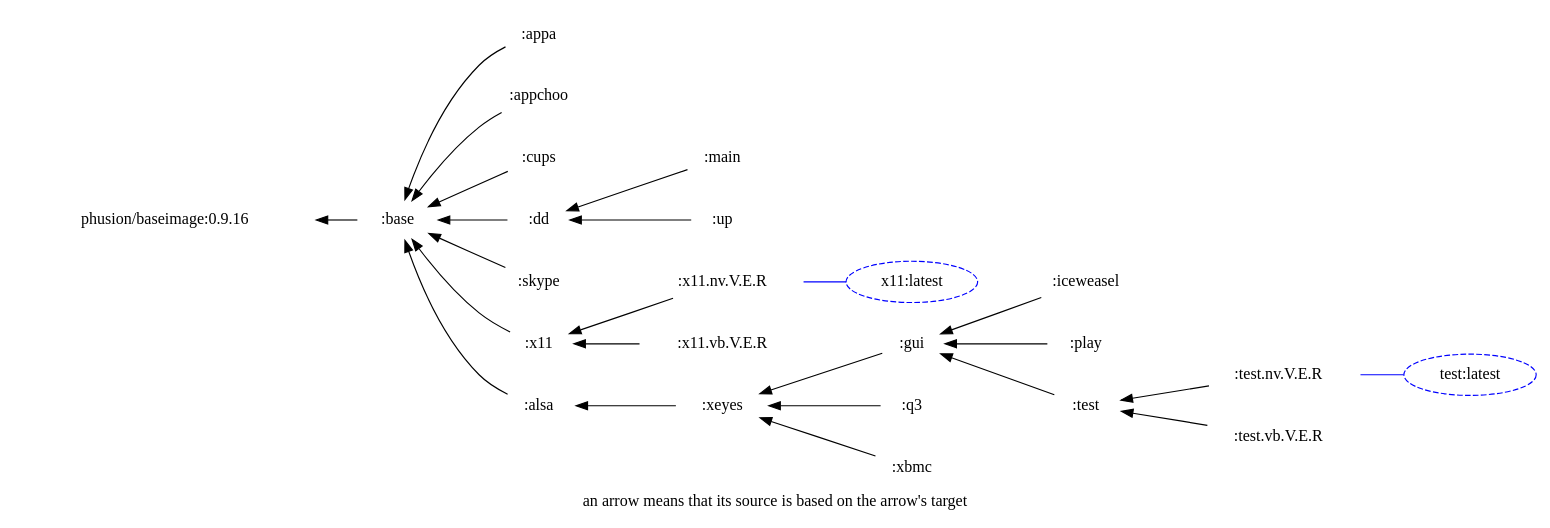
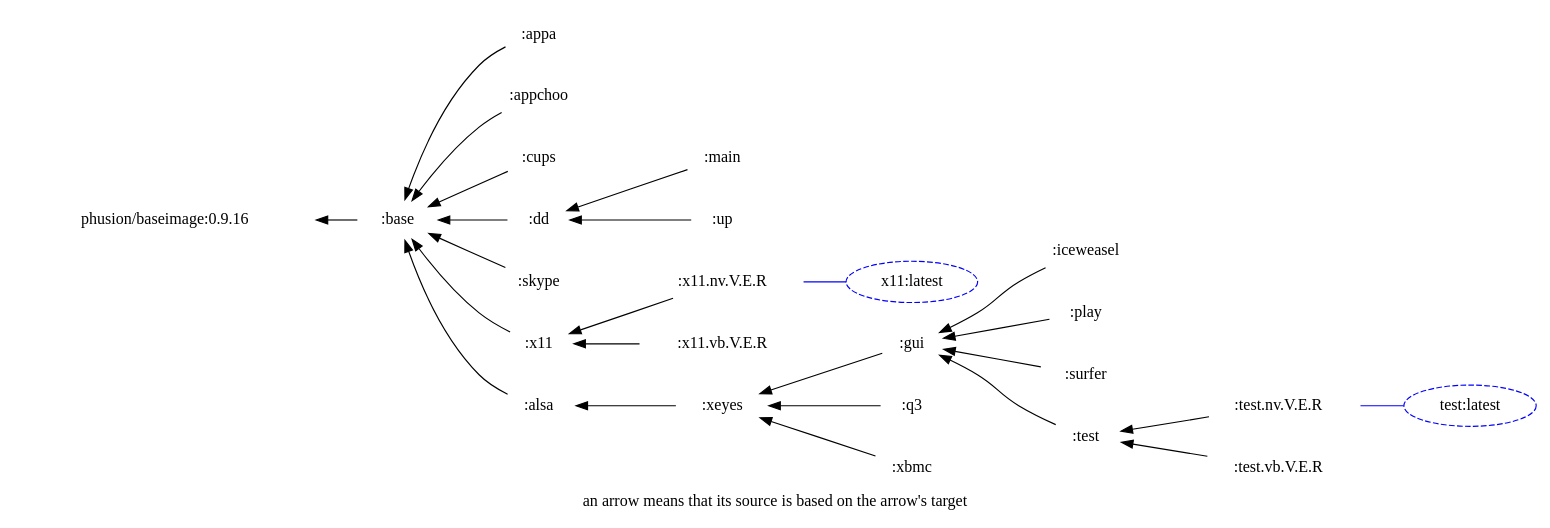
The diagram in deps.dot (hilbert/hilbert-docker-images), drawn with Graphviz before and after one commit. The commit also changed 1 other file, not shown here.

Commit message:
Added surfer to dependency tree

```diff
--- a/deps.dot
+++ b/deps.dot
@@ -1,27 +1,28 @@
 digraph deps{ graph [label="an arrow means that its source is based on the arrow's target", labelloc=b]; node [color=white]; rankdir = RL;
 ":alsa" -> ":base" ;
 ":appa" -> ":base" ;
 ":appchoo" -> ":base" ;
 ":base" -> "phusion/baseimage:0.9.16" ;
 ":cups" -> ":base" ;
 ":dd" -> ":base" ;
 ":gui" -> ":xeyes" ;
 ":iceweasel" -> ":gui" ;
 ":main" -> ":dd" ;
 ":play" -> ":gui" ;
 ":q3" -> ":xeyes" ;
 ":skype" -> ":base" ;
+":surfer" -> ":gui" ;
 ":test" -> ":gui" ;
 ":up" -> ":dd" ;
 ":x11" -> ":base" ;
 ":xbmc" -> ":xeyes" ;
 ":xeyes" -> ":alsa" ;
 ":x11.nv.V.E.R" -> ":x11" ;
 ":x11.vb.V.E.R" -> ":x11" ;
 ":test.nv.V.E.R" -> ":test" ;
 ":test.vb.V.E.R" -> ":test" ;
 "x11:latest" -> ":x11.nv.V.E.R" [dir=none color="blue" ] ;
 "test:latest" -> ":test.nv.V.E.R" [dir=none color="blue" ] ;
 "x11:latest" [color="blue" style="dashed"]; 
 "test:latest" [color="blue" style="dashed"]; 
 }
```
